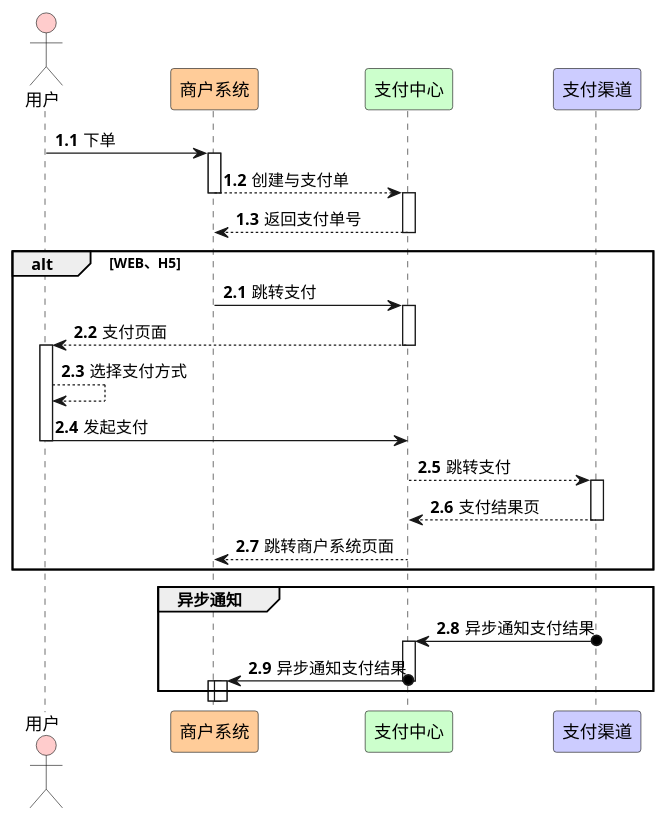
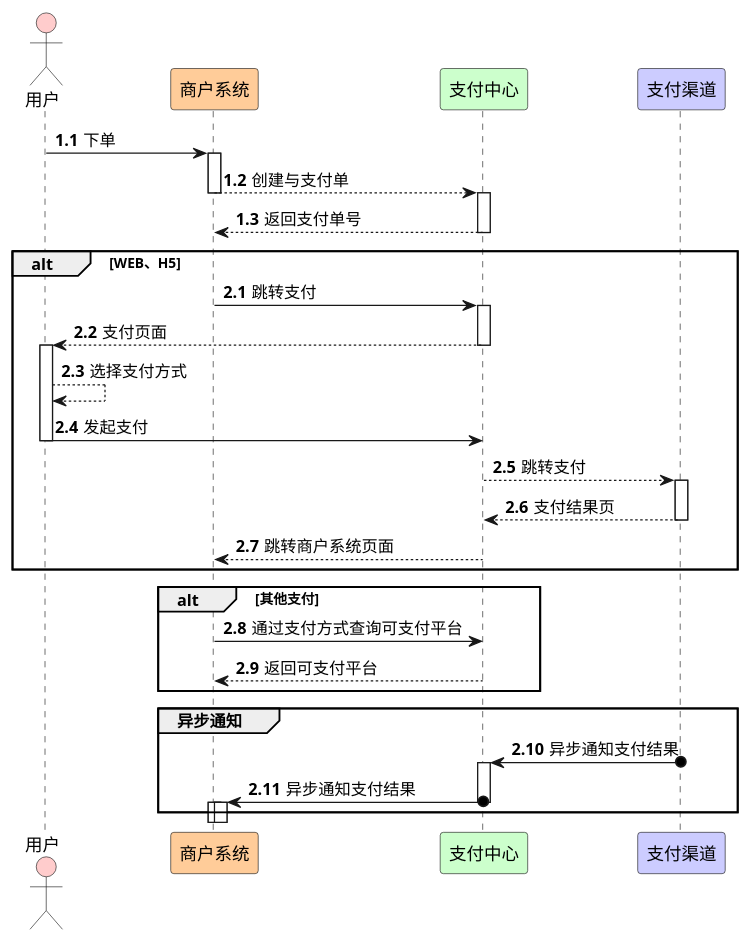
One commit to red-jasmine/payment changed the diagram in docs/核心流程.puml. Above: the diagram before and after it, drawn with PlantUML. The commit also changed 6 other files, not shown here.

```diff
--- a/docs/核心流程.puml
+++ b/docs/核心流程.puml
@@ -1,55 +1,63 @@
 @startuml
 'https://plantuml.com/sequence-diagram
 
 actor 用户 #FFCCCC
 participant 商户系统 #FFCC99
 participant 支付中心 #CCFFCC
 participant 支付渠道 #CCCCFF
 
 
 autonumber 1.1
 
 用户 -> 商户系统: 下单
 
 activate 商户系统
 商户系统 --> 支付中心: 创建与支付单
 deactivate 商户系统
 activate 支付中心
 支付中心 --> 商户系统: 返回支付单号
 deactivate 支付中心
+
 
 
 alt WEB、H5
 autonumber 2.1
 
 商户系统 -> 支付中心: 跳转支付
 
 activate 支付中心
 支付中心 --> 用户: 支付页面
 deactivate 支付中心
 
 activate 用户
 用户 --> 用户: 选择支付方式
 用户 -> 支付中心: 发起支付
 deactivate 用户
 
 
 支付中心 --> 支付渠道: 跳转支付
 activate 支付渠道
 支付渠道 --> 支付中心: 支付结果页
 deactivate 支付渠道
 支付中心 --> 商户系统: 跳转商户系统页面
 end
 
 
+alt 其他支付
+商户系统 -> 支付中心: 通过支付方式查询可支付平台
+
+支付中心 --> 商户系统: 返回可支付平台
+end
+
+
 group 异步通知
 支付渠道 o-> 支付中心: 异步通知支付结果
 activate 支付中心
 支付中心 o-> 商户系统: 异步通知支付结果
 deactivate 支付中心
 activate 商户系统
 activate 商户系统
 
 end
 
 @enduml
```
